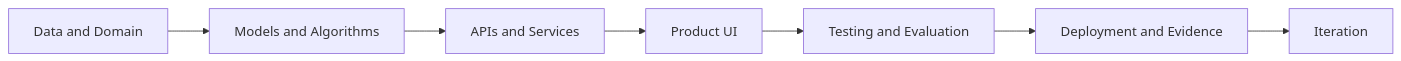
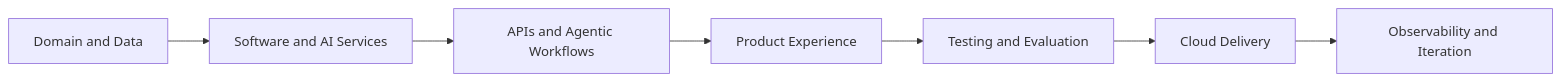
Before and after one commit to JeanLoa/JeanLoa: the diagram in README.md, drawn with Mermaid. The commit also changed other lines of this file, not shown here.

````diff
--- a/README.md
+++ b/README.md
@@ -143,9 +329,9 @@
 ```mermaid
 flowchart LR
-    A[Data and Domain] --> B[Models and Algorithms]
-    B --> C[APIs and Services]
-    C --> D[Product UI]
+    A[Domain and Data] --> B[Software and AI Services]
+    B --> C[APIs and Agentic Workflows]
+    C --> D[Product Experience]
     D --> E[Testing and Evaluation]
-    E --> F[Deployment and Evidence]
-    F --> G[Iteration]
+    E --> F[Cloud Delivery]
+    F --> G[Observability and Iteration]
 ```
````
